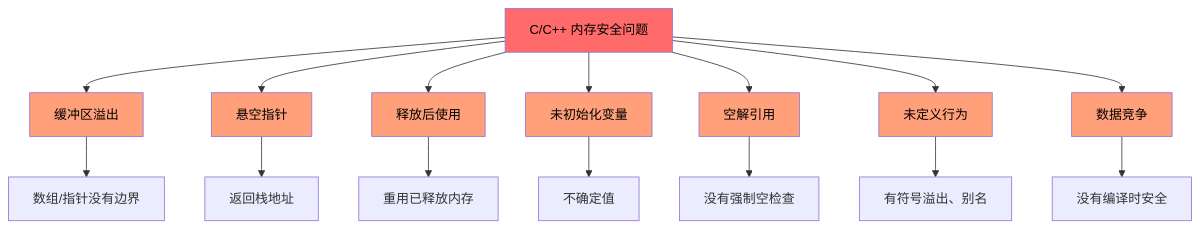
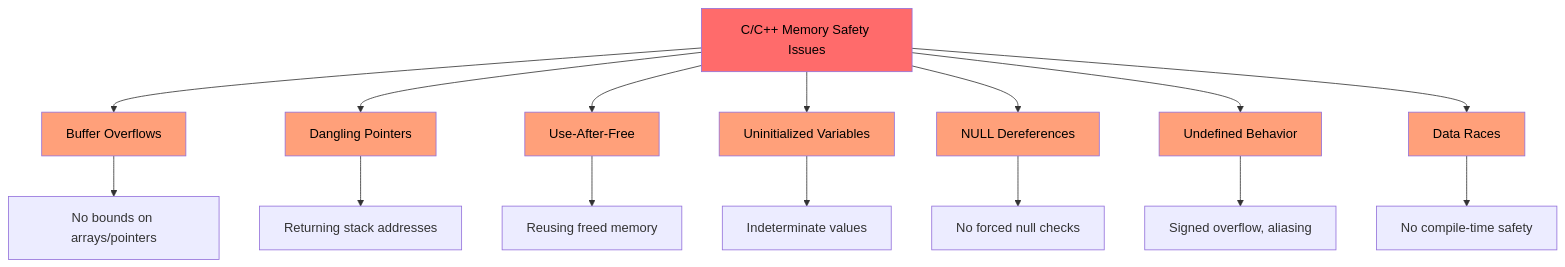
The first of 3 diagrams in src/ch01-1-why-c-cpp-developers-need-rust.md (hex623/rust-training-zh), drawn with Mermaid before and after one commit. The commit also changed other lines of this file and 21 other files, not shown here.

````diff
--- a/src/ch01-1-why-c-cpp-developers-need-rust.md
+++ b/src/ch01-1-why-c-cpp-developers-need-rust.md
@@ -100,27 +100,27 @@
 ```mermaid
 graph TD
-    ROOT["C/C++ 内存安全问题"] --> BUF["缓冲区溢出"]
-    ROOT --> DANGLE["悬空指针"]
-    ROOT --> UAF["释放后使用"]
-    ROOT --> UNINIT["未初始化变量"]
-    ROOT --> NULL["空解引用"]
-    ROOT --> UB["未定义行为"]
-    ROOT --> RACE["数据竞争"]
+    ROOT["C/C++ Memory Safety Issues"] --> BUF["Buffer Overflows"]
+    ROOT --> DANGLE["Dangling Pointers"]
+    ROOT --> UAF["Use-After-Free"]
+    ROOT --> UNINIT["Uninitialized Variables"]
+    ROOT --> NULL["NULL Dereferences"]
+    ROOT --> UB["Undefined Behavior"]
+    ROOT --> RACE["Data Races"]
 
-    BUF --> BUF1["数组/指针没有边界"]
-    DANGLE --> DANGLE1["返回栈地址"]
-    UAF --> UAF1["重用已释放内存"]
-    UNINIT --> UNINIT1["不确定值"]
-    NULL --> NULL1["没有强制空检查"]
-    UB --> UB1["有符号溢出、别名"]
-    RACE --> RACE1["没有编译时安全"]
+    BUF --> BUF1["No bounds on arrays/pointers"]
+    DANGLE --> DANGLE1["Returning stack addresses"]
+    UAF --> UAF1["Reusing freed memory"]
+    UNINIT --> UNINIT1["Indeterminate values"]
+    NULL --> NULL1["No forced null checks"]
+    UB --> UB1["Signed overflow, aliasing"]
+    RACE --> RACE1["No compile-time safety"]
 
     style ROOT fill:#ff6b6b,color:#000
     style BUF fill:#ffa07a,color:#000
     style DANGLE fill:#ffa07a,color:#000
     style UAF fill:#ffa07a,color:#000
     style UNINIT fill:#ffa07a,color:#000
     style NULL fill:#ffa07a,color:#000
     style UB fill:#ffa07a,color:#000
     style RACE fill:#ffa07a,color:#000
 ```
````
